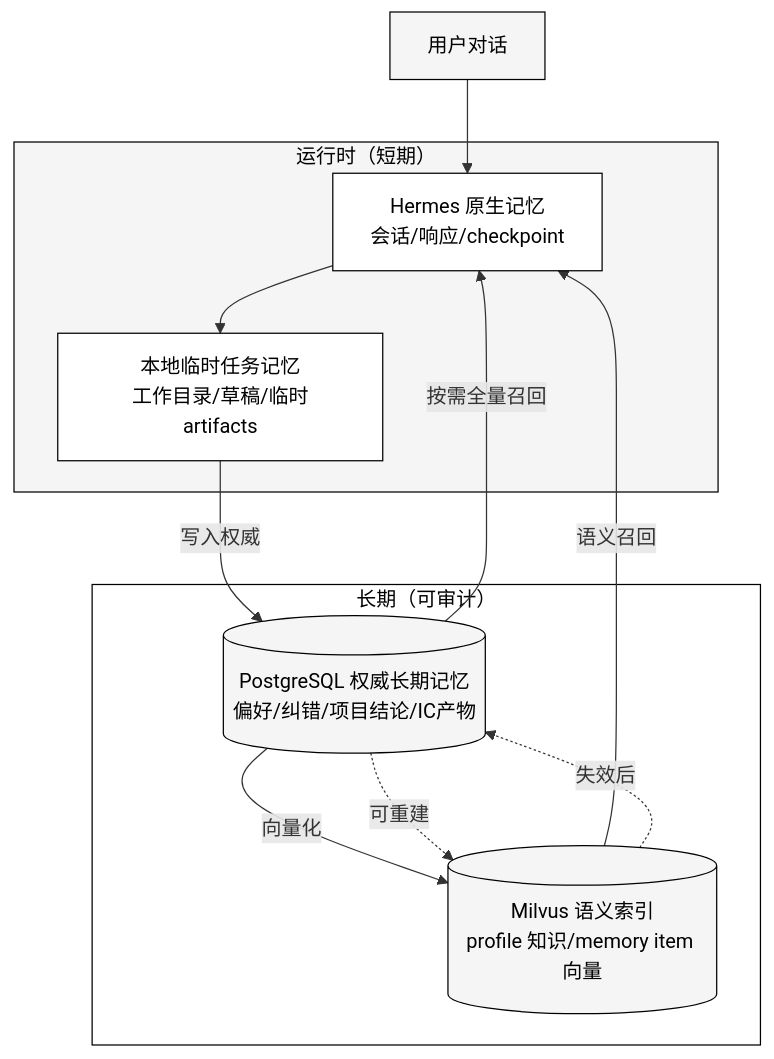
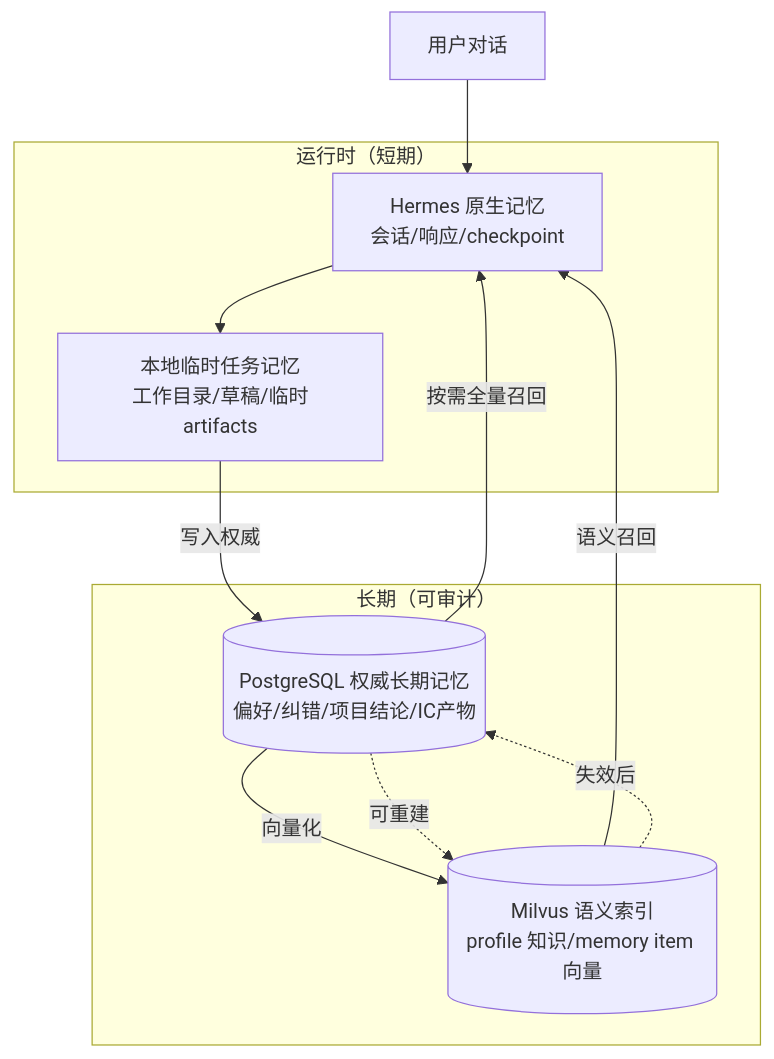
One commit to maoyadongsh/siq-research-engine changed the first of 2 diagrams in docs/site/architecture/memory.md. Above: the diagram before and after it, drawn with Mermaid. The commit also changed other lines of this file and 5 other files, not shown here.

First line of the commit message:
docs: make mermaid diagrams theme-aware for dark mode

````diff
--- a/docs/site/architecture/memory.md
+++ b/docs/site/architecture/memory.md
@@ -14,30 +14,23 @@
 ```mermaid
 graph TB
     subgraph Runtime["运行时（短期）"]
         L1[Hermes 原生记忆<br/>会话/响应/checkpoint]
         L2[本地临时任务记忆<br/>工作目录/草稿/临时artifacts]
     end
 
     subgraph LongTerm["长期（可审计）"]
         L3[(PostgreSQL 权威长期记忆<br/>偏好/纠错/项目结论/IC产物)]
         L4[(Milvus 语义索引<br/>profile 知识/memory item 向量)]
     end
 
     User[用户对话] --> L1
     L1 --> L2
     L2 -->|写入权威| L3
     L3 -->|向量化| L4
     L4 -->|语义召回| L1
     L3 -->|按需全量召回| L1
 
     L3 -.->|可重建| L4
     L4 -.->|失效后| L3
 
-    style Runtime fill:#f5f5f5,stroke:#000,color:#000
-    style LongTerm fill:#fff,stroke:#000,color:#000
-    style User fill:#f5f5f5,stroke:#000,color:#000
-    style L1 fill:#fff,stroke:#000,color:#000
-    style L2 fill:#fff,stroke:#000,color:#000
-    style L3 fill:#f5f5f5,stroke:#000,color:#000
-    style L4 fill:#f5f5f5,stroke:#000,color:#000
 ```
````
